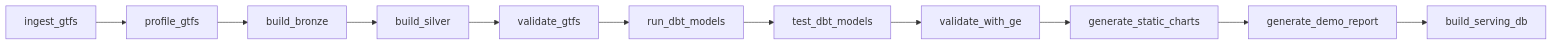
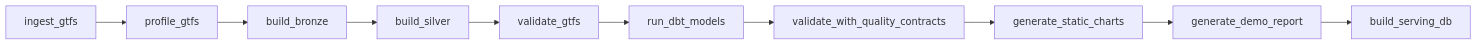
The second of 4 diagrams in docs/airflow.md (KYoussefAI/Mobility_Control_Tower), drawn with Mermaid before and after one commit. The commit also changed other lines of this file and 206 other files, not shown here.

````diff
--- a/docs/airflow.md
+++ b/docs/airflow.md
@@ -53,13 +53,12 @@
 ```mermaid
 flowchart LR
     A[ingest_gtfs] --> B[profile_gtfs]
     B --> C[build_bronze]
     C --> D[build_silver]
     D --> E[validate_gtfs]
     E --> F[run_dbt_models]
-    F --> G[test_dbt_models]
-    G --> H[validate_with_ge]
-    H --> I[generate_static_charts]
-    I --> J[generate_demo_report]
-    J --> K[build_serving_db]
+    F --> G[validate_with_quality_contracts]
+    G --> H[generate_static_charts]
+    H --> I[generate_demo_report]
+    I --> J[build_serving_db]
 ```
````
